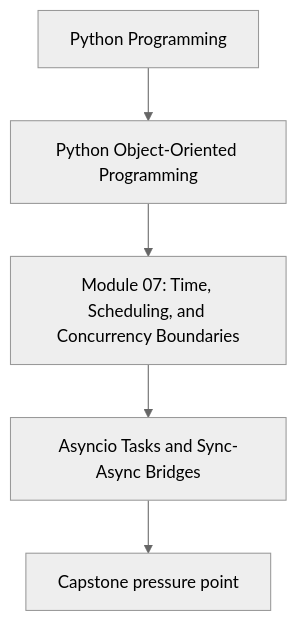
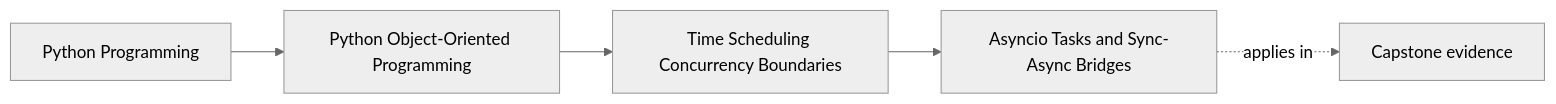
Before and after one commit to bijux/bijux-masterclass: the first of 2 diagrams in programs/python-programming/python-object-oriented-programming/course-book/module-07-time-scheduling-concurrency-boundaries/asyncio-tasks-and-sync-async-bridges.md, drawn with Mermaid (neutral theme). The commit also changed other lines of this file and 103 other files, not shown here.

Commit message:
docs(python-object-oriented-programming): map sustainment and capstone surfaces

````diff
--- a/programs/python-programming/python-object-oriented-programming/course-book/module-07-time-scheduling-concurrency-boundaries/asyncio-tasks-and-sync-async-bridges.md
+++ b/programs/python-programming/python-object-oriented-programming/course-book/module-07-time-scheduling-concurrency-boundaries/asyncio-tasks-and-sync-async-bridges.md
@@ -7,7 +7,11 @@
 ```mermaid
-flowchart TD
-  family["Python Programming"] --> program["Python Object-Oriented Programming"]
-  program --> module["Module 07: Time, Scheduling, and Concurrency Boundaries"]
-  module --> concept["Asyncio Tasks and Sync-Async Bridges"]
-  concept --> capstone["Capstone pressure point"]
+graph LR
+  family["Python Programming"]
+  program["Python Object-Oriented Programming"]
+  section["Time Scheduling Concurrency Boundaries"]
+  page["Asyncio Tasks and Sync-Async Bridges"]
+  capstone["Capstone evidence"]
+
+  family --> program --> section --> page
+  page -.applies in.-> capstone
 ```
````
